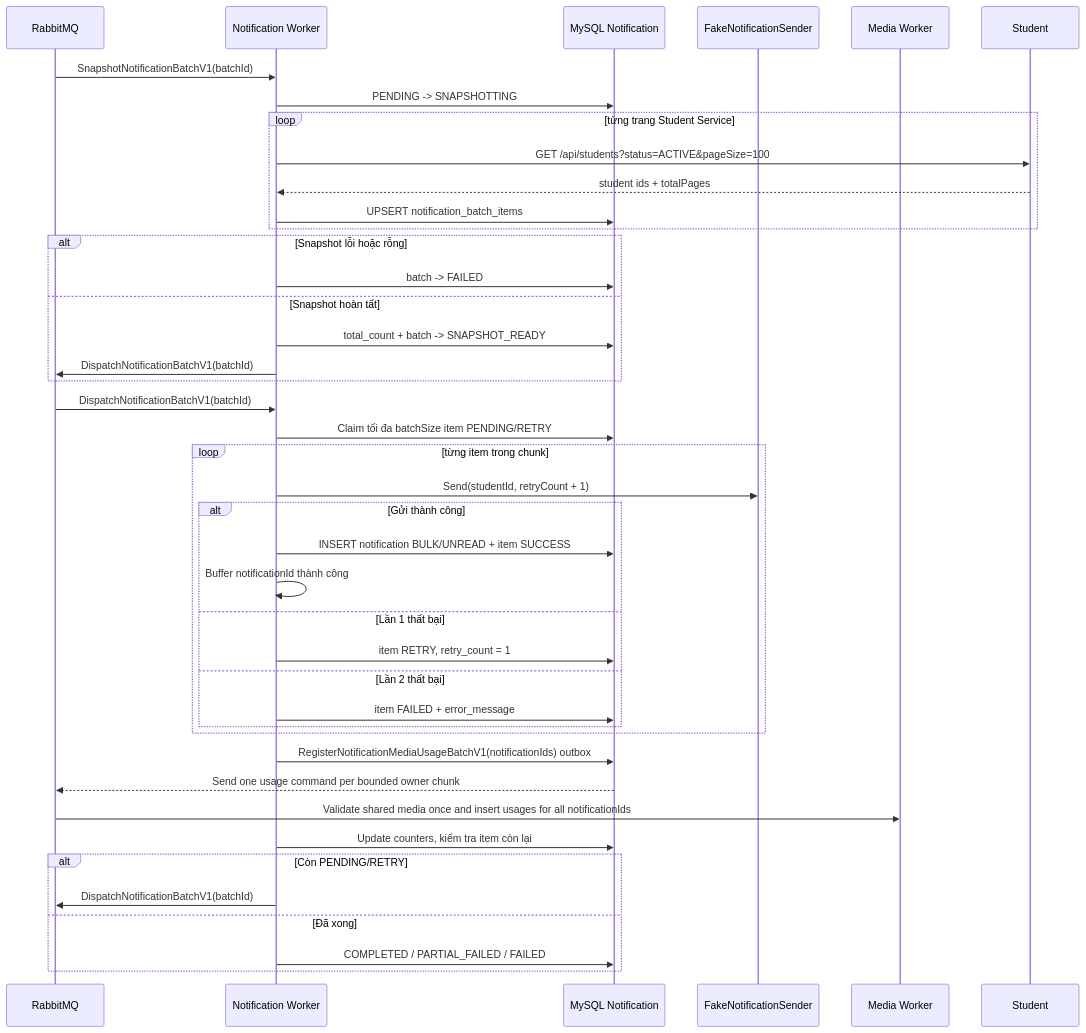
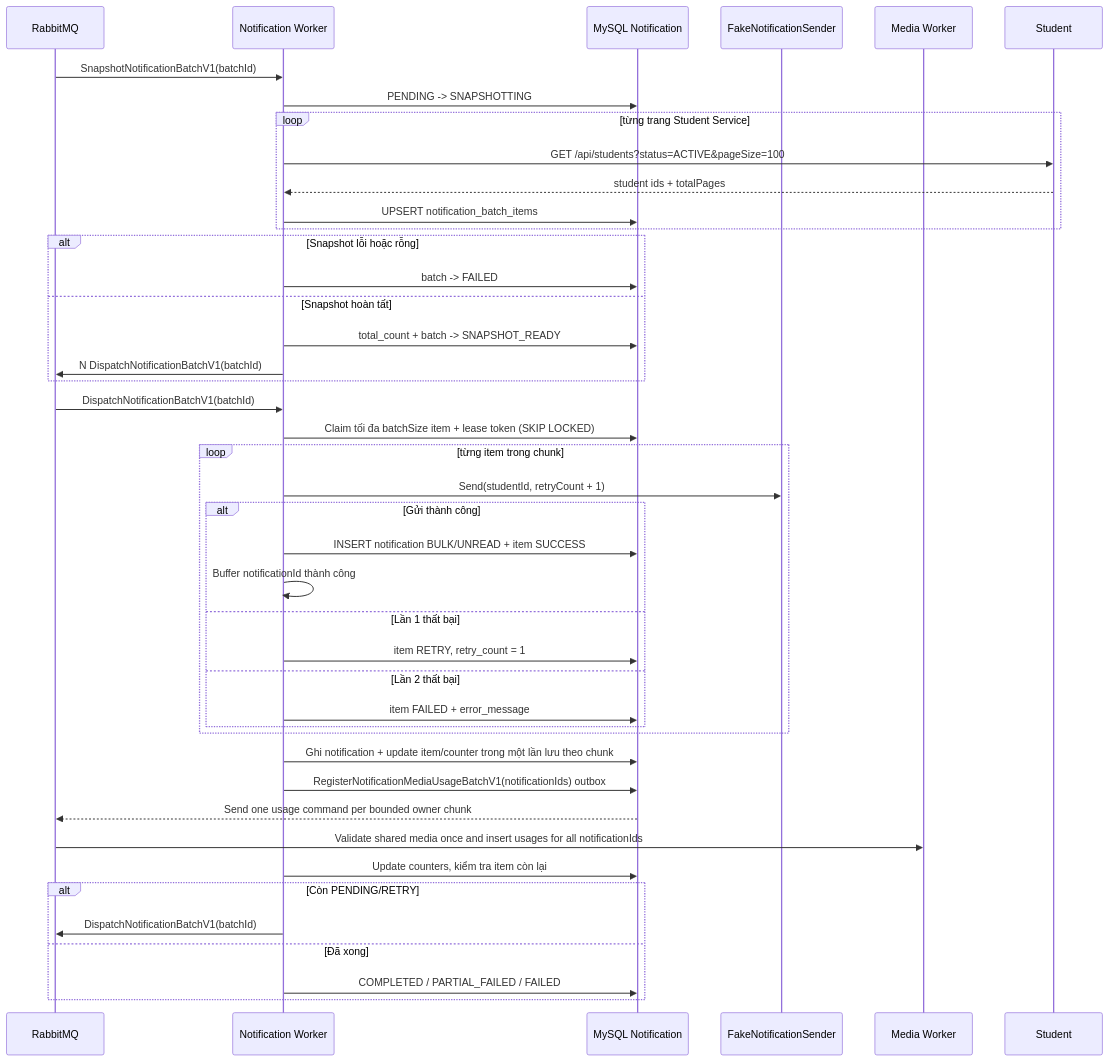
The third of 3 diagrams in ducnm3/docs/business-flows/notifications/bulk-notification.md (Minhduc7904/MiniProjectTrainingKaopiz), drawn with Mermaid before and after one commit. The commit also changed other lines of this file and 25 other files, not shown here.

Commit message:
Tăng khả năng xử lý notification batch bằng lease và concurrency

````diff
--- a/ducnm3/docs/business-flows/notifications/bulk-notification.md
+++ b/ducnm3/docs/business-flows/notifications/bulk-notification.md
@@ -59,44 +59,45 @@
 ```mermaid
 sequenceDiagram
     participant Bus as RabbitMQ
     participant Worker as Notification Worker
     participant DB as MySQL Notification
     participant Sender as FakeNotificationSender
     participant Media as Media Worker
 
     Bus->>Worker: SnapshotNotificationBatchV1(batchId)
     Worker->>DB: PENDING -> SNAPSHOTTING
     loop từng trang Student Service
         Worker->>Student: GET /api/students?status=ACTIVE&pageSize=100
         Student-->>Worker: student ids + totalPages
         Worker->>DB: UPSERT notification_batch_items
     end
     alt Snapshot lỗi hoặc rỗng
         Worker->>DB: batch -> FAILED
     else Snapshot hoàn tất
         Worker->>DB: total_count + batch -> SNAPSHOT_READY
-        Worker->>Bus: DispatchNotificationBatchV1(batchId)
+        Worker->>Bus: N DispatchNotificationBatchV1(batchId)
     end
     Bus->>Worker: DispatchNotificationBatchV1(batchId)
-    Worker->>DB: Claim tối đa batchSize item PENDING/RETRY
+    Worker->>DB: Claim tối đa batchSize item + lease token (SKIP LOCKED)
     loop từng item trong chunk
         Worker->>Sender: Send(studentId, retryCount + 1)
         alt Gửi thành công
             Worker->>DB: INSERT notification BULK/UNREAD + item SUCCESS
             Worker->>Worker: Buffer notificationId thành công
         else Lần 1 thất bại
             Worker->>DB: item RETRY, retry_count = 1
         else Lần 2 thất bại
             Worker->>DB: item FAILED + error_message
         end
     end
+    Worker->>DB: Ghi notification + update item/counter trong một lần lưu theo chunk
     Worker->>DB: RegisterNotificationMediaUsageBatchV1(notificationIds) outbox
     DB-->>Bus: Send one usage command per bounded owner chunk
     Bus->>Media: Validate shared media once and insert usages for all notificationIds
     Worker->>DB: Update counters, kiểm tra item còn lại
     alt Còn PENDING/RETRY
         Worker->>Bus: DispatchNotificationBatchV1(batchId)
     else Đã xong
         Worker->>DB: COMPLETED / PARTIAL_FAILED / FAILED
     end
 ```
````
